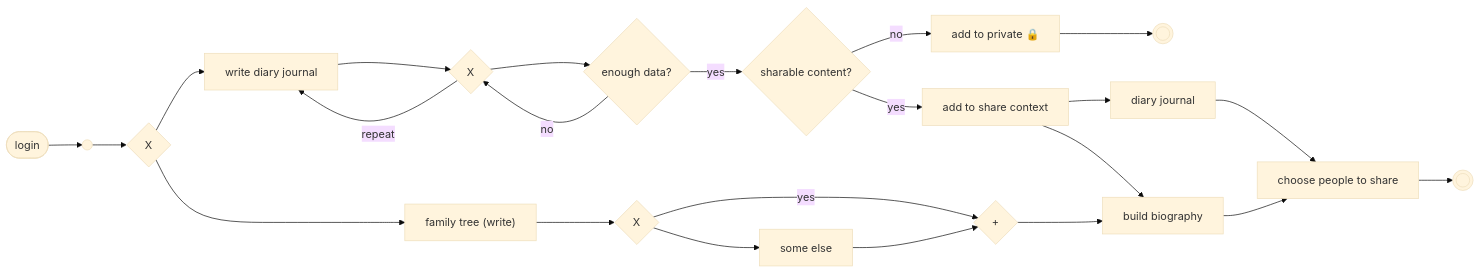
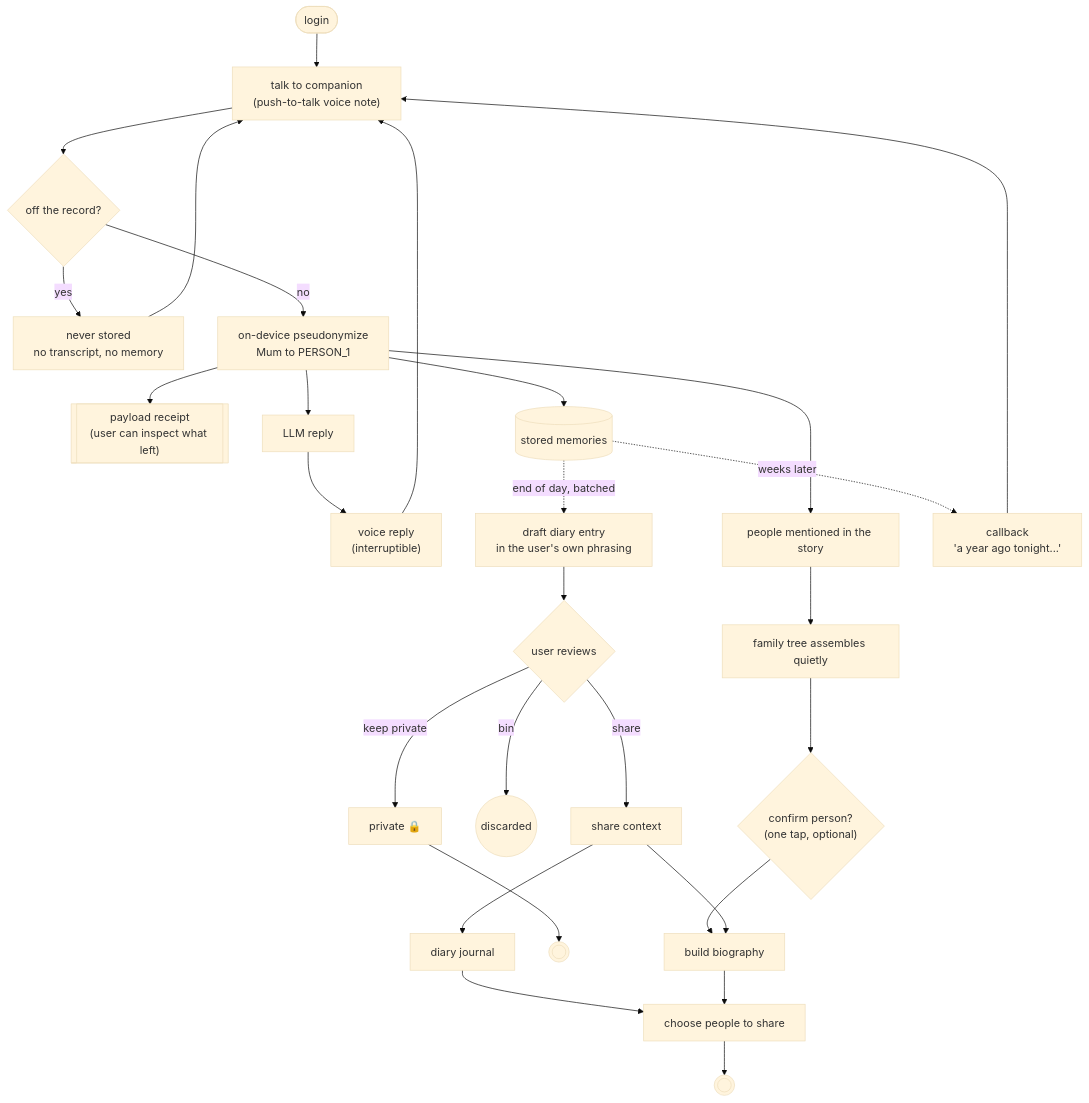
The diagram in docs/ai-journal-flow.mermaid (enxihong/ai-journaling-biography), drawn with Mermaid (base theme) before and after one commit. The commit also changed 2 other files, not shown here.

```diff
--- a/docs/ai-journal-flow.mermaid
+++ b/docs/ai-journal-flow.mermaid
@@ -1,29 +1,46 @@
-flowchart LR
-    login([login]) --> start(( ))
-    start --> g1{X}
+%% Current flow — revised by docs/product-differentiation.md
+%% Changes from the whiteboard as first drawn:
+%%   - the "enough data?" gate is GONE (it was the interview instinct)
+%%   - "off the record" short-circuits before anything is stored
+%%   - on-device pseudonymization + a user-visible payload receipt
+%%   - the diary is drafted after the fact, as a byproduct, never the ask
+%%   - the family tree fills from people mentioned in stories, not from a form
+flowchart TB
+    login([login]) --> talk["talk to companion<br/>(push-to-talk voice note)"]
 
-    %% Journal branch
-    g1 --> write["write diary journal"]
-    g2{X} -- repeat --> write
-    write --> g2
-    g2 --> enough{"enough data?"}
-    enough -- no --> g2
-    enough -- yes --> sharable{"sharable content?"}
+    %% Conversation loop — reacts, does not interview
+    talk --> offRecord{"off the record?"}
+    offRecord -- yes --> discard["never stored<br/>no transcript, no memory"]
+    discard --> talk
 
-    sharable -- no --> private["add to private 🔒"]
+    offRecord -- no --> anon["on-device pseudonymize<br/>Mum to PERSON_1"]
+    anon --> receipt[["payload receipt<br/>(user can inspect what left)"]]
+    anon --> llm["LLM reply"]
+    llm --> speak["voice reply<br/>(interruptible)"]
+    speak --> talk
+
+    %% People mentioned in passing build the tree quietly
+    anon --> mentions["people mentioned in the story"]
+    mentions --> tree["family tree assembles quietly"]
+    tree --> confirm{"confirm person?<br/>(one tap, optional)"}
+    confirm --> bio
+
+    %% The diary is a byproduct, drafted after the fact
+    anon --> store[("stored memories")]
+    store -.->|end of day, batched| draft["draft diary entry<br/>in the user's own phrasing"]
+    draft --> review{"user reviews"}
+
+    review -- bin --> gone(("discarded"))
+    review -- keep private --> private["private 🔒"]
     private --> endPrivate((( )))
 
-    sharable -- yes --> addShare["add to share context"]
-    addShare --> diary["diary journal"]
-    addShare --> bio["build biography"]
+    review -- share --> shareCtx["share context"]
+    shareCtx --> diary["diary journal"]
+    shareCtx --> bio["build biography"]
     diary --> choose["choose people to share"]
     bio --> choose
     choose --> endShare((( )))
 
-    %% Family tree branch
-    g1 --> family["family tree (write)"]
-    family --> g3{X}
-    g3 -- yes --> g4{+}
-    g3 --> someElse["some else"]
-    someElse --> g4
-    g4 --> bio
+    %% Unprompted return visit
+    store -.->|weeks later| callback["callback<br/>'a year ago tonight...'"]
+    callback --> talk
```
